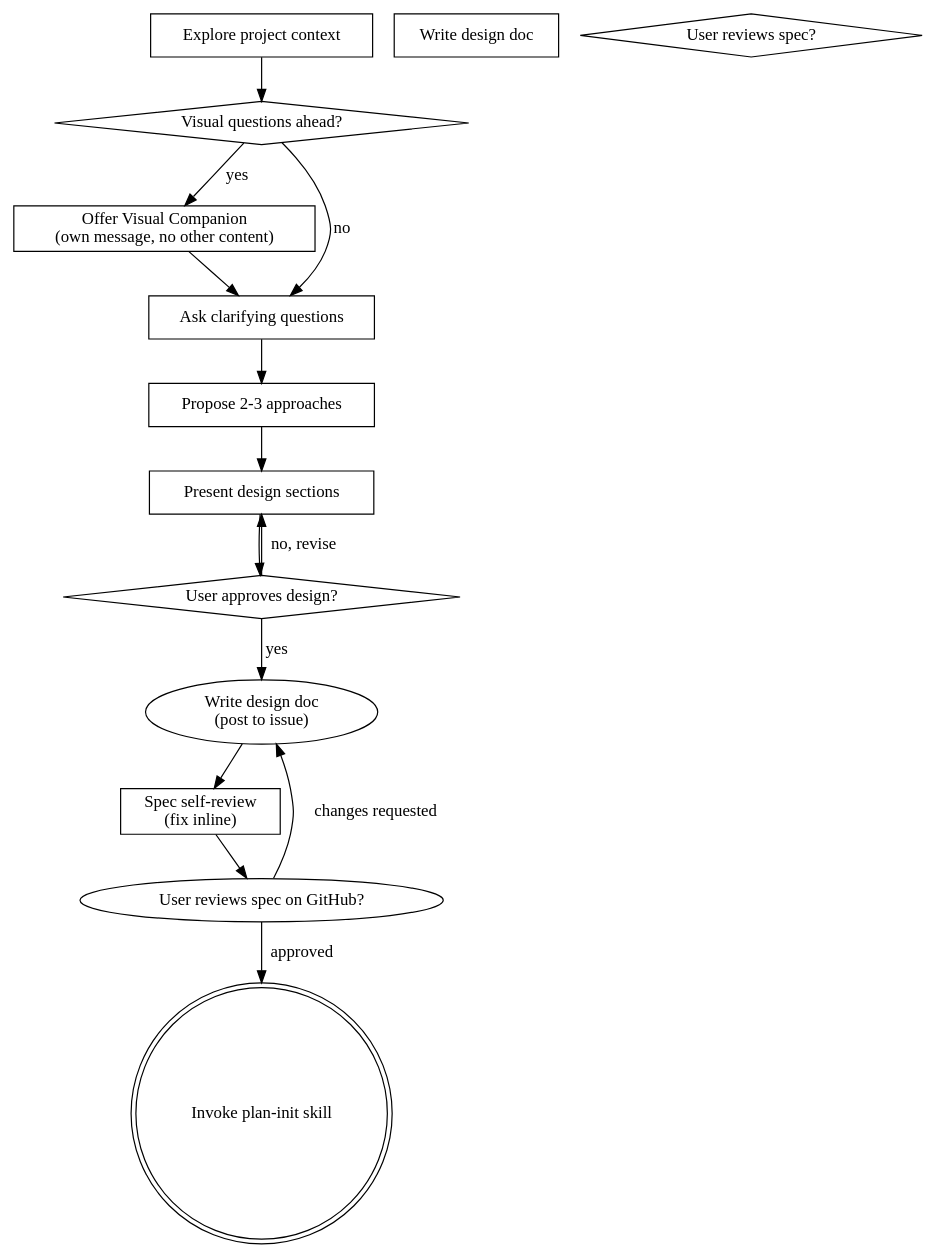
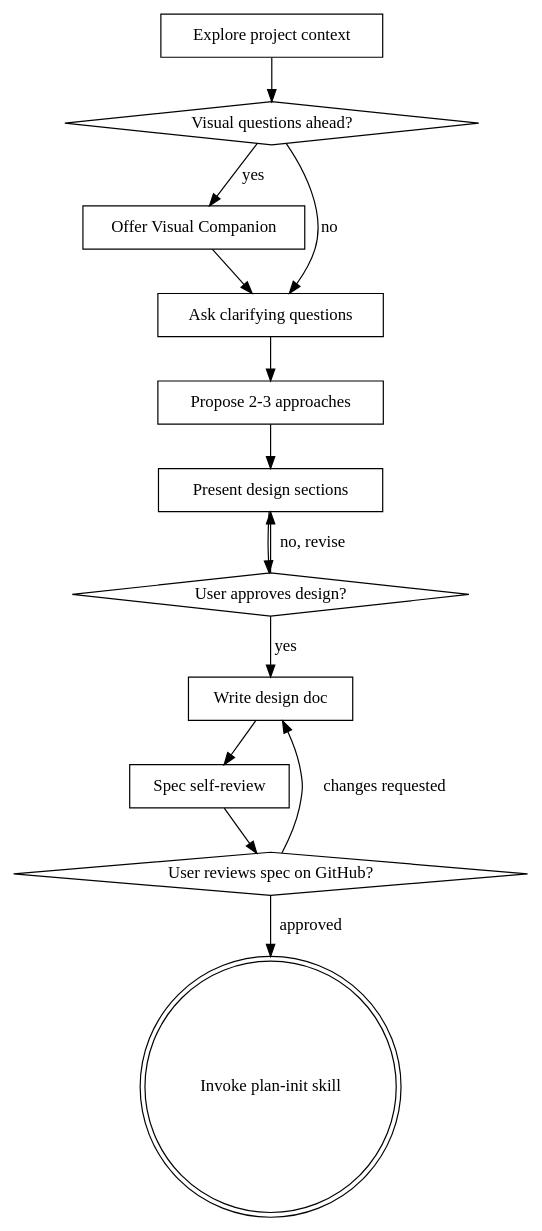
One commit to 0k-software/.github changed the diagram in 0k/skills/brainstorming/SKILL.md. Above: the diagram before and after it, drawn with Graphviz.

Commit message:
fix(brainstorming): remove \n escapes from process flow graph node labels

````diff
--- a/0k/skills/brainstorming/SKILL.md
+++ b/0k/skills/brainstorming/SKILL.md
@@ -64,29 +64,29 @@
 ```dot
 digraph brainstorming {
     "Explore project context" [shape=box];
     "Visual questions ahead?" [shape=diamond];
-    "Offer Visual Companion\n(own message, no other content)" [shape=box];
+    "Offer Visual Companion" [shape=box];
     "Ask clarifying questions" [shape=box];
     "Propose 2-3 approaches" [shape=box];
     "Present design sections" [shape=box];
     "User approves design?" [shape=diamond];
     "Write design doc" [shape=box];
-    "Spec self-review\n(fix inline)" [shape=box];
-    "User reviews spec?" [shape=diamond];
+    "Spec self-review" [shape=box];
+    "User reviews spec on GitHub?" [shape=diamond];
     "Invoke plan-init skill" [shape=doublecircle];
 
     "Explore project context" -> "Visual questions ahead?";
-    "Visual questions ahead?" -> "Offer Visual Companion\n(own message, no other content)" [label="yes"];
+    "Visual questions ahead?" -> "Offer Visual Companion" [label="yes"];
     "Visual questions ahead?" -> "Ask clarifying questions" [label="no"];
-    "Offer Visual Companion\n(own message, no other content)" -> "Ask clarifying questions";
+    "Offer Visual Companion" -> "Ask clarifying questions";
     "Ask clarifying questions" -> "Propose 2-3 approaches";
     "Propose 2-3 approaches" -> "Present design sections";
     "Present design sections" -> "User approves design?";
     "User approves design?" -> "Present design sections" [label="no, revise"];
-    "User approves design?" -> "Write design doc\n(post to issue)" [label="yes"];
-    "Write design doc\n(post to issue)" -> "Spec self-review\n(fix inline)";
-    "Spec self-review\n(fix inline)" -> "User reviews spec on GitHub?";
-    "User reviews spec on GitHub?" -> "Write design doc\n(post to issue)" [label="changes requested"];
+    "User approves design?" -> "Write design doc" [label="yes"];
+    "Write design doc" -> "Spec self-review";
+    "Spec self-review" -> "User reviews spec on GitHub?";
+    "User reviews spec on GitHub?" -> "Write design doc" [label="changes requested"];
     "User reviews spec on GitHub?" -> "Invoke plan-init skill" [label="approved"];
 }
 ```
````
